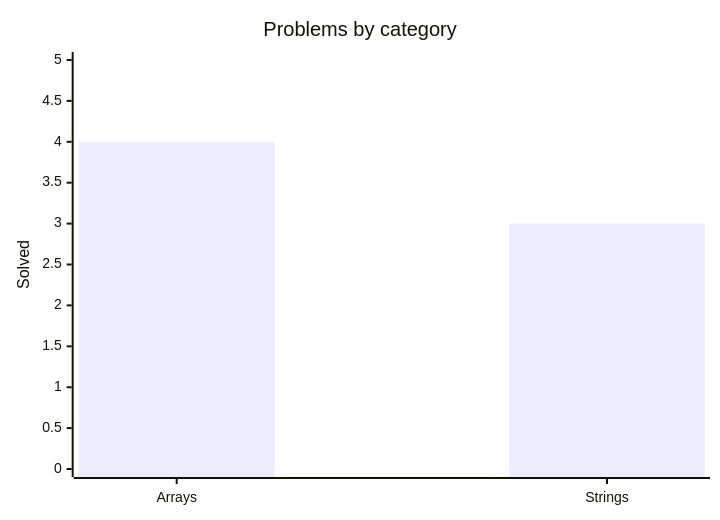
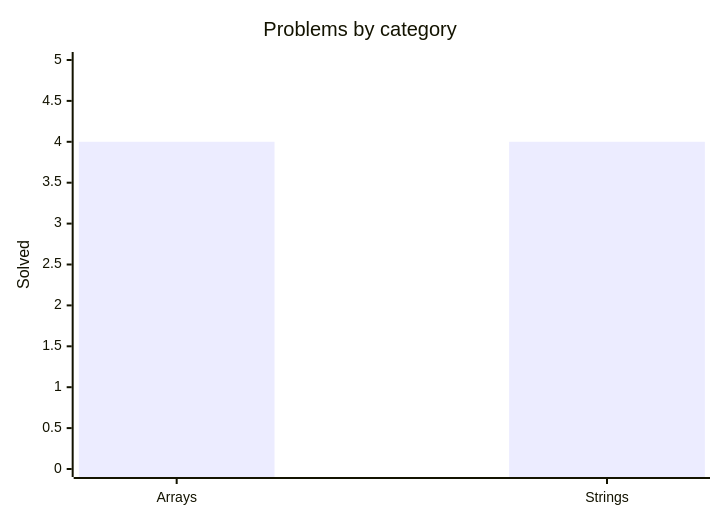
The diagram in README.md (mauli-waghmore/data-structures-algorithms-kotlin), drawn with Mermaid before and after one commit. The commit also changed other lines of this file and 1 other file, not shown here.

````diff
--- a/README.md
+++ b/README.md
@@ -35,8 +35,8 @@
 ```mermaid
 %%{init: {"xyChart": {"plotColorPalette": "#7F52FF"}}}%%
 xychart-beta
     title "Problems by category"
     x-axis ["Arrays", "Strings"]
     y-axis "Solved" 0 --> 5
-    bar [4, 3]
+    bar [4, 4]
 ```
````
